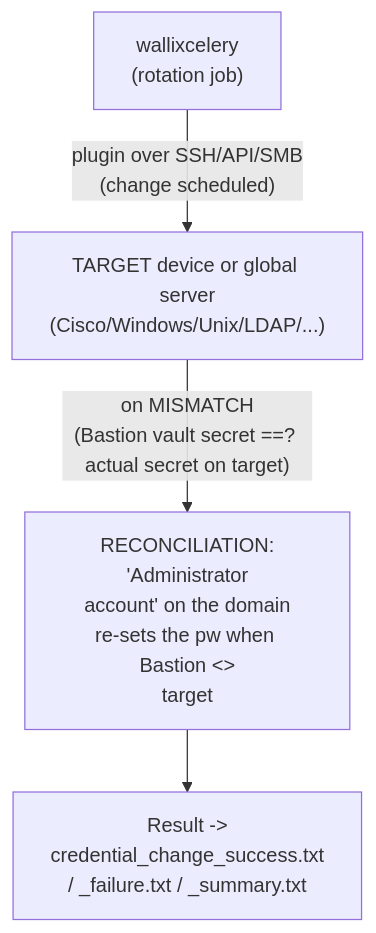
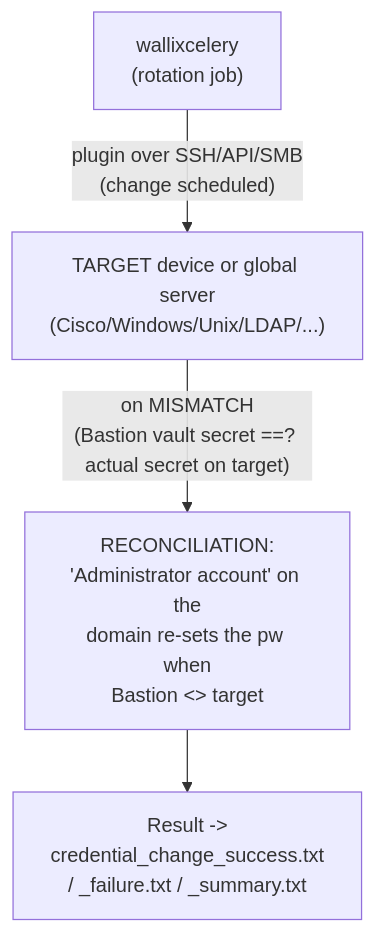
The second of 5 diagrams in certs/wallix/deep-dives/troubleshooting-and-logs.md (morandeirachema/WallixCerts), drawn with Mermaid before and after one commit. The commit also changed 8 other files, not shown here.

First line of the commit message:
Quality pass (no new topics): fix Mermaid orphans + harden the anchor checker

````diff
--- a/certs/wallix/deep-dives/troubleshooting-and-logs.md
+++ b/certs/wallix/deep-dives/troubleshooting-and-logs.md
@@ -177,6 +177,6 @@
 ```mermaid
 flowchart TD
     Celery["wallixcelery<br/>(rotation job)"] -->|"plugin over SSH/API/SMB<br/>(change scheduled)"| Target["TARGET device or global server<br/>(Cisco/Windows/Unix/LDAP/...)"]
-    Target -->|"on MISMATCH<br/>(Bastion vault secret ==? actual secret on target)"| Reconcile["RECONCILIATION:<br/>'Administrator<br/>account' on the domain<br/>re-sets the pw when Bastion &lt;&gt;<br/>target"]
+    Target -->|"on MISMATCH<br/>(Bastion vault secret ==? actual secret on target)"| Reconcile["RECONCILIATION:<br/>'Administrator account' on the<br/>domain re-sets the pw when<br/>Bastion &lt;&gt; target"]
     Reconcile --> Result["Result -><br/>credential_change_success.txt<br/>/ _failure.txt / _summary.txt"]
 ```
````
